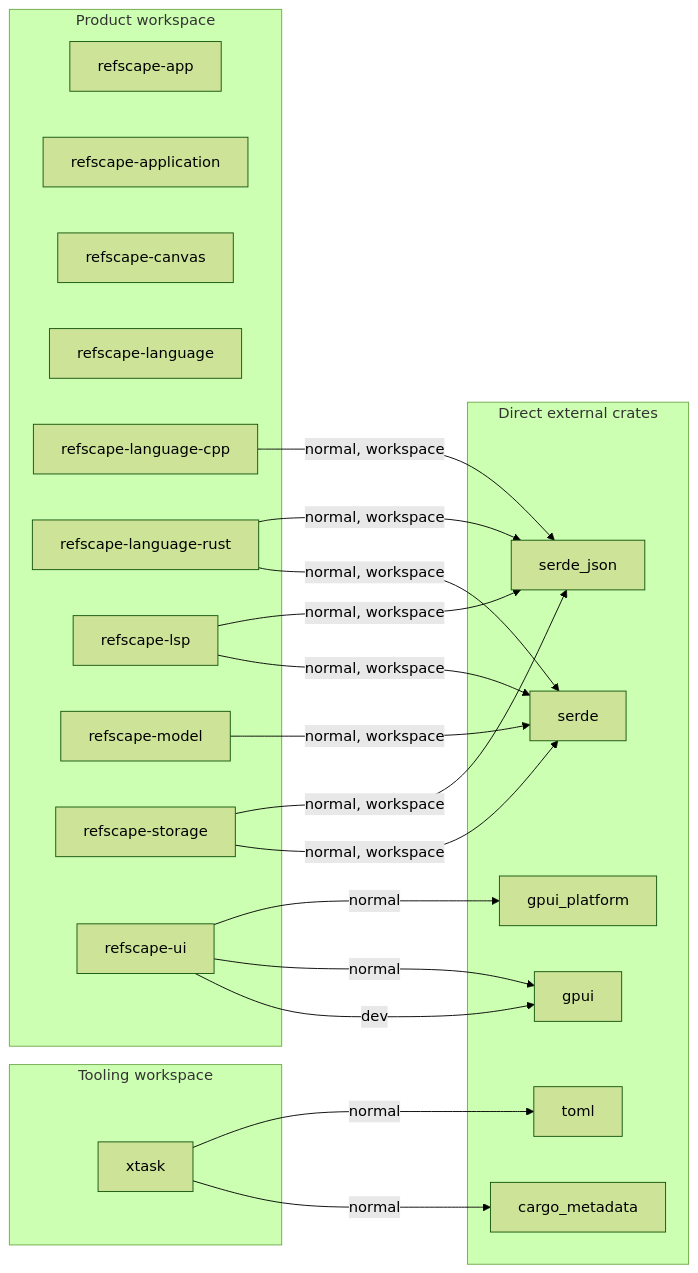
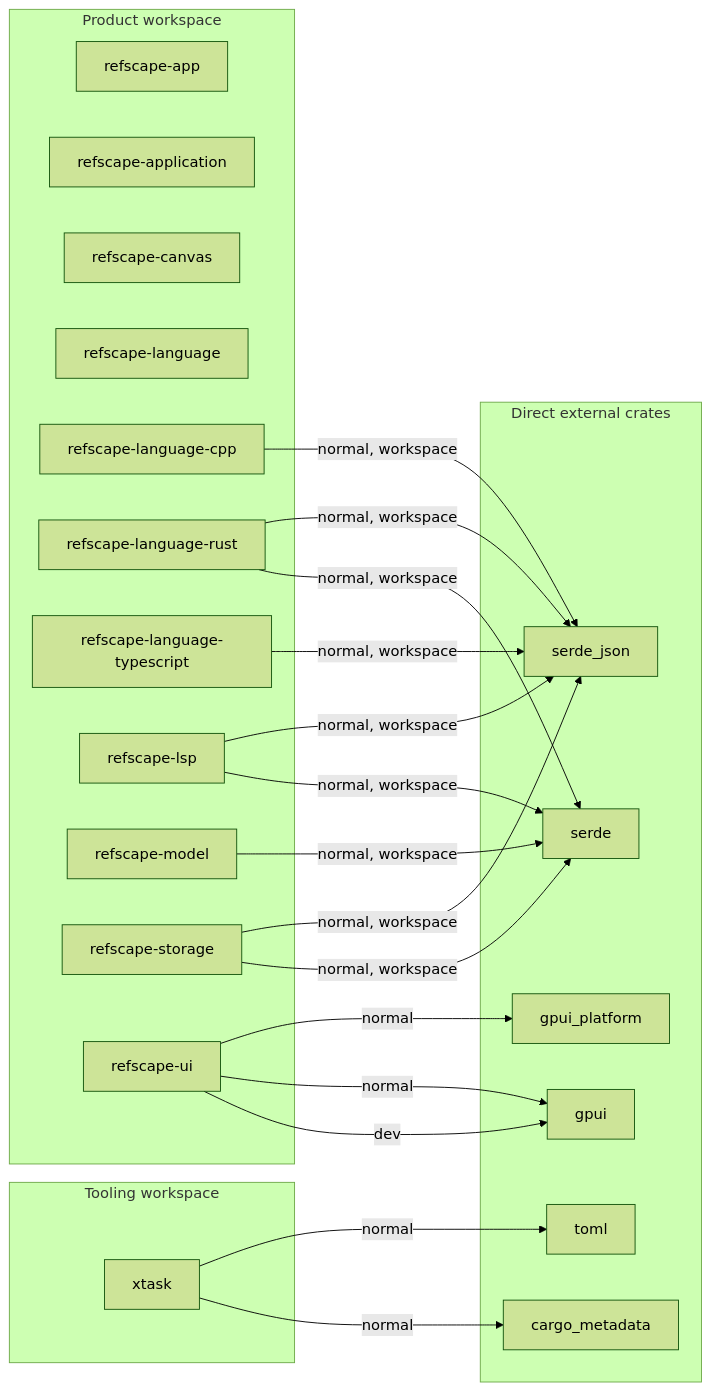
Before and after one commit to Kashiwade-music/refscape: the second of 2 diagrams in docs/dependency-graph.md, drawn with Mermaid (forest theme). The commit also changed other lines of this file and 41 other files, not shown here.

````diff
--- a/docs/dependency-graph.md
+++ b/docs/dependency-graph.md
@@ -62,39 +67,41 @@
 ```mermaid
 flowchart LR
     subgraph product["Product workspace"]
         refscape_app["refscape-app"]
         refscape_application["refscape-application"]
         refscape_canvas["refscape-canvas"]
         refscape_language["refscape-language"]
         refscape_language_cpp["refscape-language-cpp"]
         refscape_language_rust["refscape-language-rust"]
+        refscape_language_typescript["refscape-language-typescript"]
         refscape_lsp["refscape-lsp"]
         refscape_model["refscape-model"]
         refscape_storage["refscape-storage"]
         refscape_ui["refscape-ui"]
     end
     subgraph tooling["Tooling workspace"]
         xtask["xtask"]
     end
     subgraph external["Direct external crates"]
         external_0["cargo_metadata"]
         external_1["gpui"]
         external_2["gpui_platform"]
         external_3["serde"]
         external_4["serde_json"]
         external_5["toml"]
     end
     refscape_language_cpp -->|"normal, workspace"| external_4
     refscape_language_rust -->|"normal, workspace"| external_3
     refscape_language_rust -->|"normal, workspace"| external_4
+    refscape_language_typescript -->|"normal, workspace"| external_4
     refscape_lsp -->|"normal, workspace"| external_3
     refscape_lsp -->|"normal, workspace"| external_4
     refscape_model -->|"normal, workspace"| external_3
     refscape_storage -->|"normal, workspace"| external_3
     refscape_storage -->|"normal, workspace"| external_4
     refscape_ui -->|"dev"| external_1
     refscape_ui -->|"normal"| external_1
     refscape_ui -->|"normal"| external_2
     xtask -->|"normal"| external_0
     xtask -->|"normal"| external_5
 ```
````
